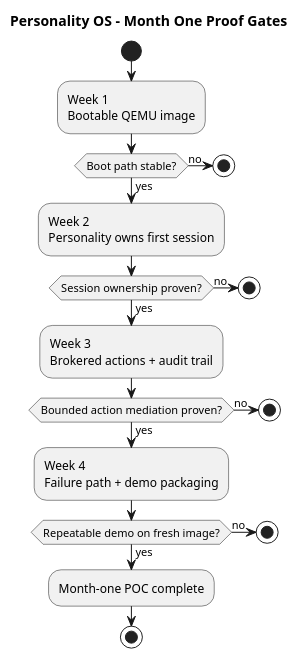
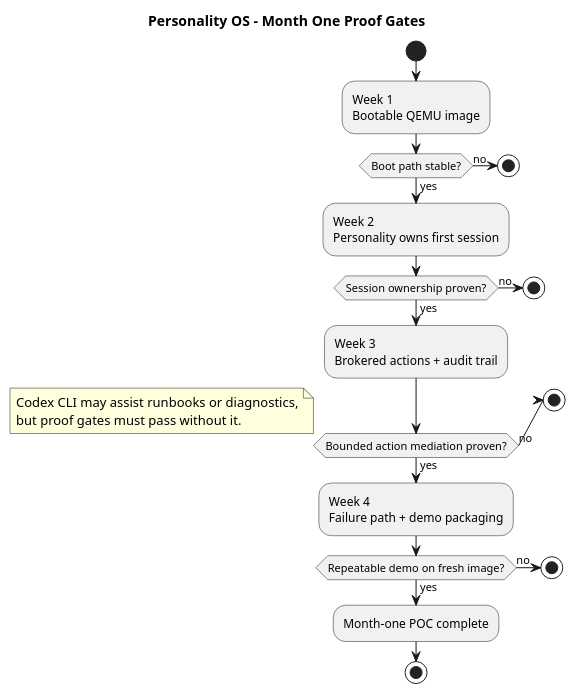
One commit to 3bu1/personaos changed the second of 2 diagrams in docs/architecture/personality-os-architecture-v0.3.puml. Above: the diagram before and after it, drawn with PlantUML. The commit also changed other lines of this file and 3 other files, not shown here.

Commit message:
Enhance Personality OS architecture documentation with Operator Tooling details and Codex CLI integration

```diff
--- a/docs/architecture/personality-os-architecture-v0.3.puml
+++ b/docs/architecture/personality-os-architecture-v0.3.puml
@@ -50,31 +66,36 @@
 @startuml
 skinparam shadowing false
 title Personality OS - Month One Proof Gates
 
 start
 :Week 1\nBootable QEMU image;
 if (Boot path stable?) then (yes)
   :Week 2\nPersonality owns first session;
 else (no)
   stop
 endif
 
 if (Session ownership proven?) then (yes)
   :Week 3\nBrokered actions + audit trail;
 else (no)
   stop
 endif
 
 if (Bounded action mediation proven?) then (yes)
   :Week 4\nFailure path + demo packaging;
 else (no)
   stop
 endif
 
+note right
+Codex CLI may assist runbooks or diagnostics,
+but proof gates must pass without it.
+end note
+
 if (Repeatable demo on fresh image?) then (yes)
   :Month-one POC complete;
 else (no)
   stop
 endif
 stop
 @enduml
```
